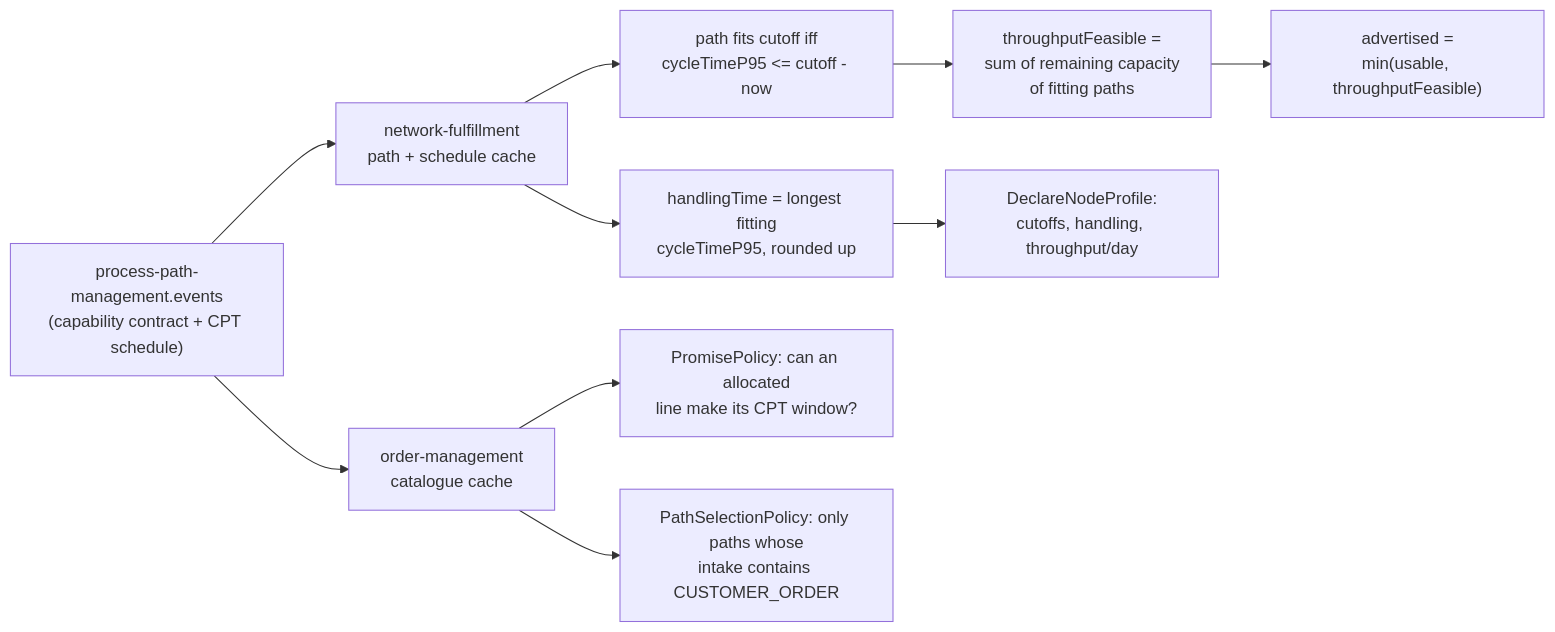
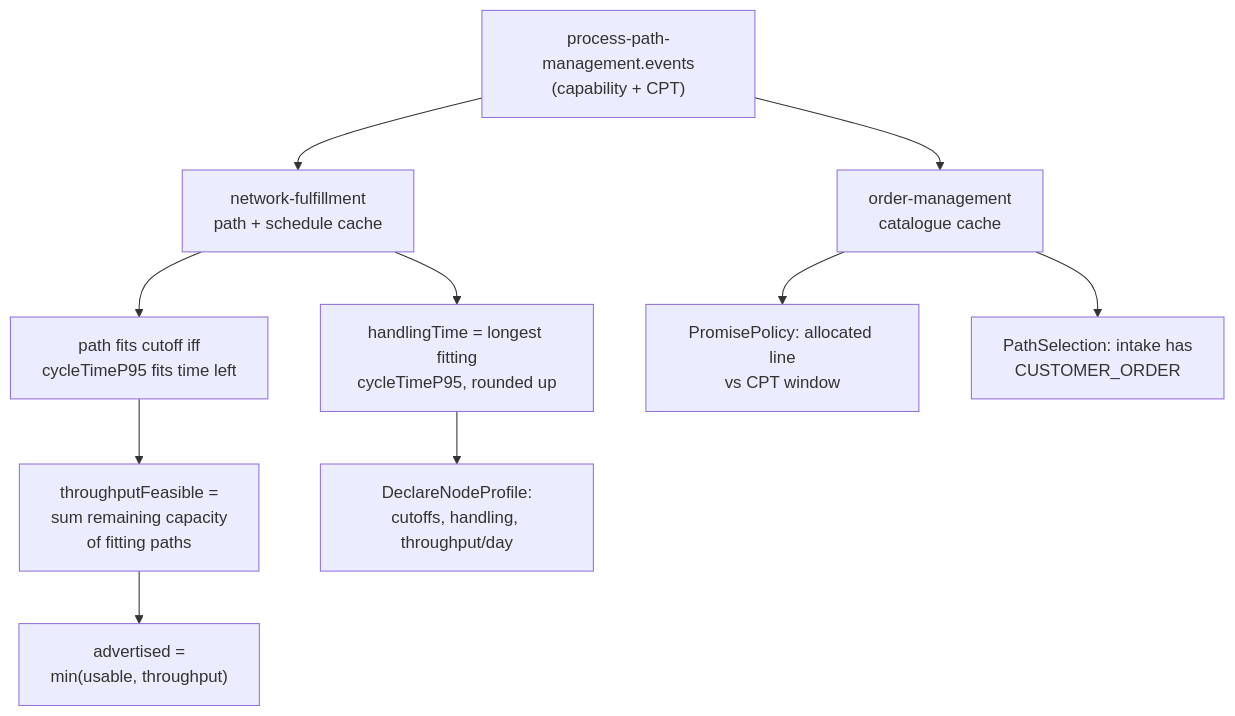
One commit to IQVO/warehouse-docs changed the seventh of 7 diagrams in network/docs/integration/stock-to-promise.md. Above: the diagram before and after it, drawn with Mermaid. The commit also changed other lines of this file, not shown here.

Commit message:
docs(network): fit all mermaid diagrams in the ~1020px frame (split ACL diagram, TB flowchart, tighter labels)

````diff
--- a/network/docs/integration/stock-to-promise.md
+++ b/network/docs/integration/stock-to-promise.md
@@ -429,13 +434,13 @@
 ```mermaid
-flowchart LR
-    PPM["process-path-management.events<br/>(capability contract + CPT schedule)"]
+flowchart TB
+    PPM["process-path-management.events<br/>(capability + CPT)"]
     PPM --> NFC["network-fulfillment<br/>path + schedule cache"]
     PPM --> OMC["order-management<br/>catalogue cache"]
-    NFC --> ELIG["path fits cutoff iff<br/>cycleTimeP95 <= cutoff - now"]
-    ELIG --> TF["throughputFeasible =<br/>sum of remaining capacity<br/>of fitting paths"]
-    TF --> ADV["advertised =<br/>min(usable, throughputFeasible)"]
+    NFC --> ELIG["path fits cutoff iff<br/>cycleTimeP95 fits time left"]
+    ELIG --> TF["throughputFeasible =<br/>sum remaining capacity<br/>of fitting paths"]
+    TF --> ADV["advertised =<br/>min(usable, throughput)"]
     NFC --> HT["handlingTime = longest fitting<br/>cycleTimeP95, rounded up"]
     HT --> PROF["DeclareNodeProfile:<br/>cutoffs, handling, throughput/day"]
-    OMC --> PP["PromisePolicy: can an allocated<br/>line make its CPT window?"]
-    OMC --> PS["PathSelectionPolicy: only paths whose<br/>intake contains CUSTOMER_ORDER"]
+    OMC --> PP["PromisePolicy: allocated line<br/>vs CPT window"]
+    OMC --> PS["PathSelection: intake has<br/>CUSTOMER_ORDER"]
 ```
````
